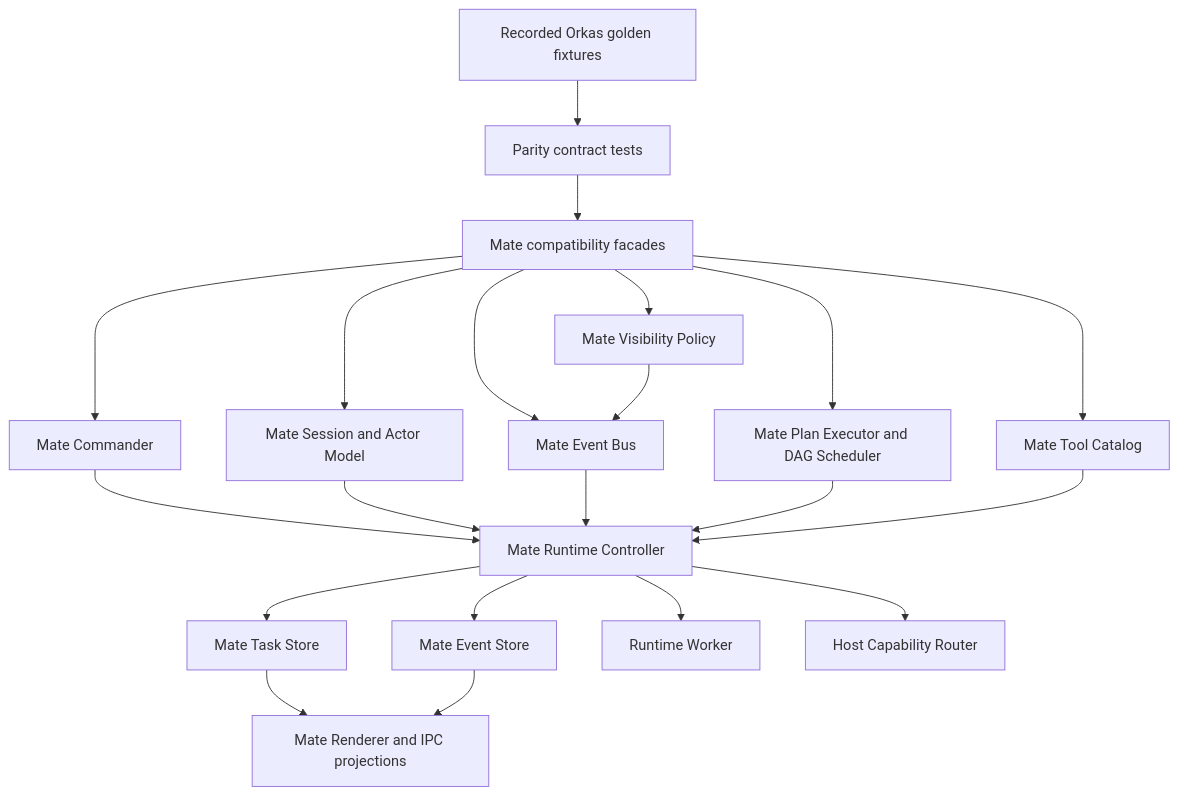
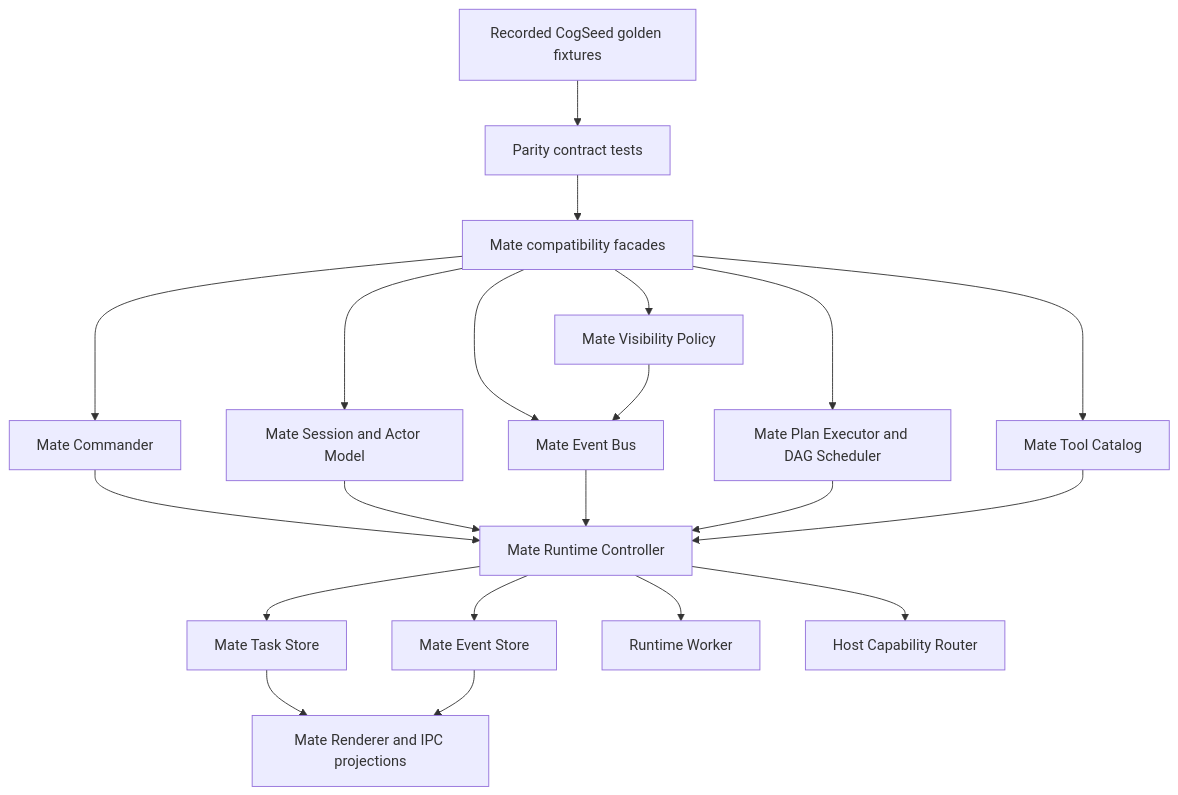
Before and after one commit to bonc-ai/cogseed: the first of 2 diagrams in docs/superpowers/specs/2026-08-05-mate-orkas-parity-and-surpass-design.md, drawn with Mermaid. The commit also changed other lines of this file and 930 other files, not shown here.

Commit message:
refactor: rename runtime contracts to CogSeed

````diff
--- a/docs/superpowers/specs/2026-08-05-mate-orkas-parity-and-surpass-design.md
+++ b/docs/superpowers/specs/2026-08-05-mate-orkas-parity-and-surpass-design.md
@@ -72,27 +72,27 @@
 ```mermaid
 flowchart TD
-    A[Recorded Orkas golden fixtures] --> B[Parity contract tests]
+    A[Recorded CogSeed golden fixtures] --> B[Parity contract tests]
     B --> C[Mate compatibility facades]
 
     C --> D[Mate Commander]
     C --> E[Mate Session and Actor Model]
     C --> F[Mate Visibility Policy]
     C --> G[Mate Event Bus]
     C --> H[Mate Plan Executor and DAG Scheduler]
     C --> I[Mate Tool Catalog]
 
     D --> J[Mate Runtime Controller]
     E --> J
     F --> G
     G --> J
     H --> J
     I --> J
 
     J --> K[Mate Task Store]
     J --> L[Mate Event Store]
     J --> M[Runtime Worker]
     J --> N[Host Capability Router]
 
     K --> O[Mate Renderer and IPC projections]
     L --> O
 ```
````
